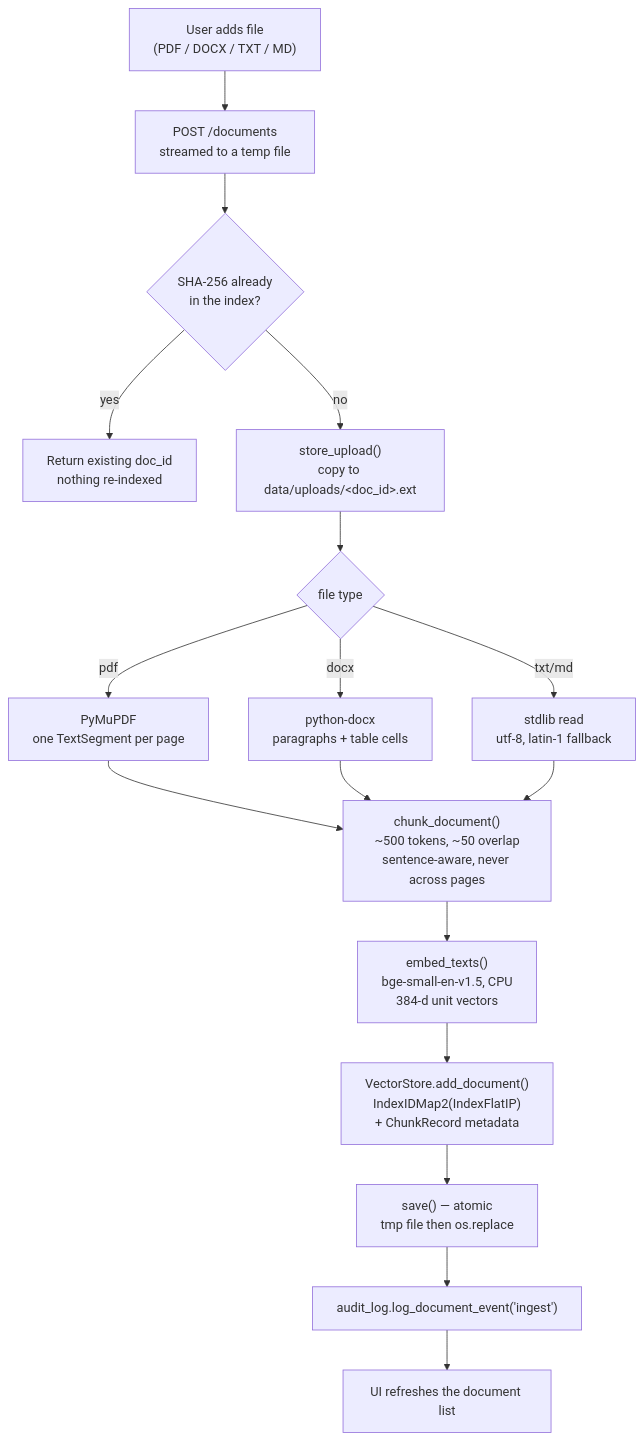
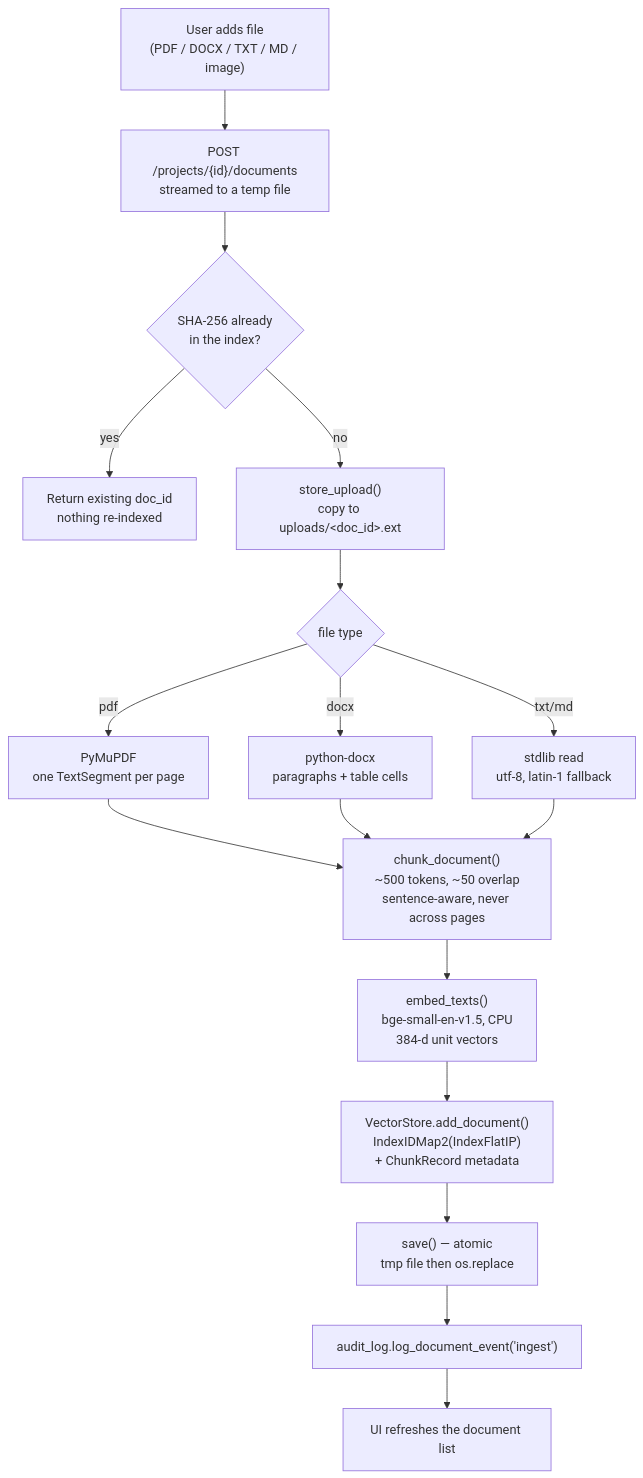
One commit to Akarshhk/Safe-Insight changed the first of 2 diagrams in safe-insight/ARCHITECTURE.md. Above: the diagram before and after it, drawn with Mermaid. The commit also changed other lines of this file and 111 other files, not shown here.

````diff
--- a/safe-insight/ARCHITECTURE.md
+++ b/safe-insight/ARCHITECTURE.md
@@ -62,19 +62,19 @@
 ```mermaid
 flowchart TD
-    A["User adds file<br/>(PDF / DOCX / TXT / MD)"] --> B["POST /documents<br/>streamed to a temp file"]
+    A["User adds file<br/>(PDF / DOCX / TXT / MD / image)"] --> B["POST /projects/{id}/documents<br/>streamed to a temp file"]
     B --> C{"SHA-256 already<br/>in the index?"}
     C -- yes --> C1["Return existing doc_id<br/>nothing re-indexed"]
-    C -- no --> D["store_upload()<br/>copy to data/uploads/&lt;doc_id&gt;.ext"]
+    C -- no --> D["store_upload()<br/>copy to uploads/&lt;doc_id&gt;.ext"]
     D --> E{"file type"}
     E -- pdf --> F1["PyMuPDF<br/>one TextSegment per page"]
     E -- docx --> F2["python-docx<br/>paragraphs + table cells"]
     E -- txt/md --> F3["stdlib read<br/>utf-8, latin-1 fallback"]
     F1 --> G["chunk_document()<br/>~500 tokens, ~50 overlap<br/>sentence-aware, never across pages"]
     F2 --> G
     F3 --> G
     G --> H["embed_texts()<br/>bge-small-en-v1.5, CPU<br/>384-d unit vectors"]
     H --> I["VectorStore.add_document()<br/>IndexIDMap2(IndexFlatIP)<br/>+ ChunkRecord metadata"]
     I --> J["save() — atomic<br/>tmp file then os.replace"]
     J --> K["audit_log.log_document_event('ingest')"]
     K --> L["UI refreshes the document list"]
 ```
````
